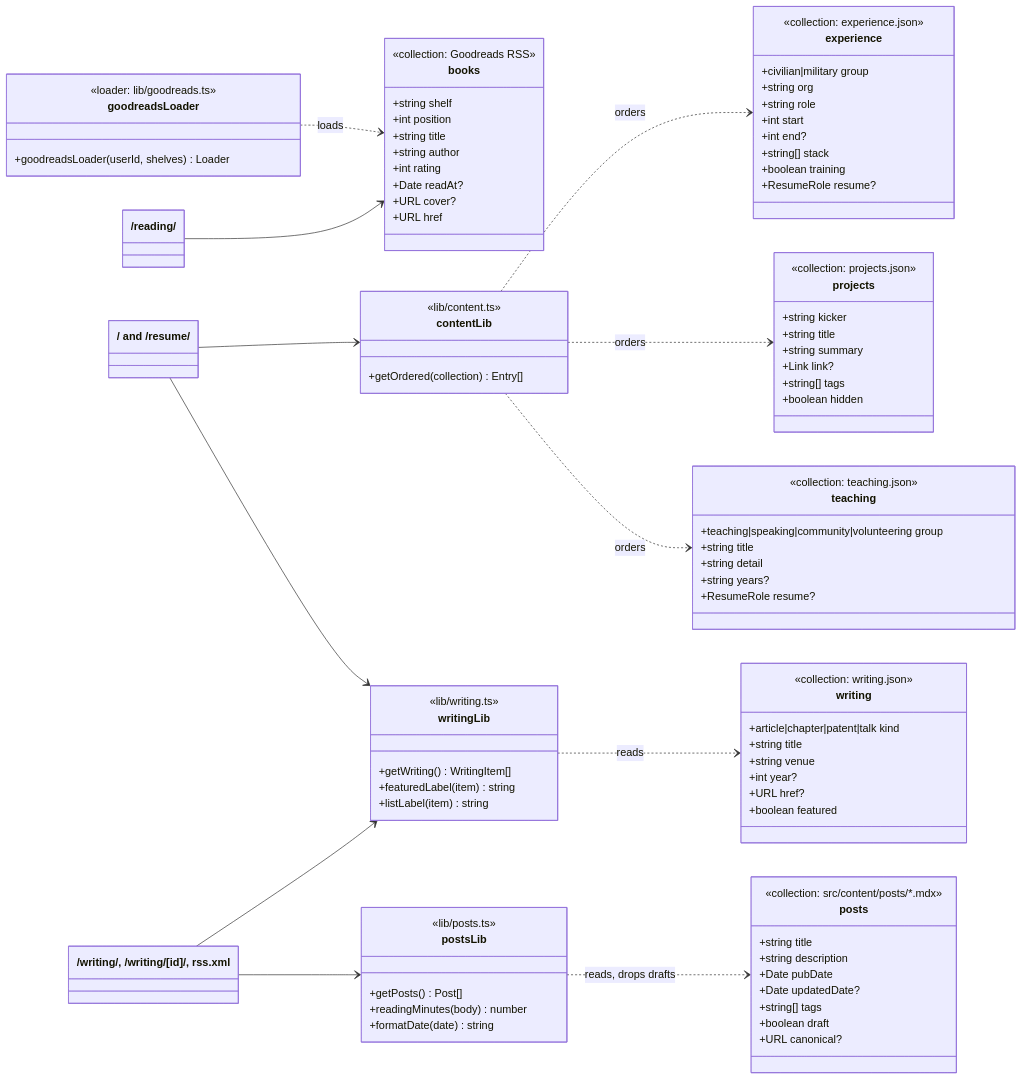
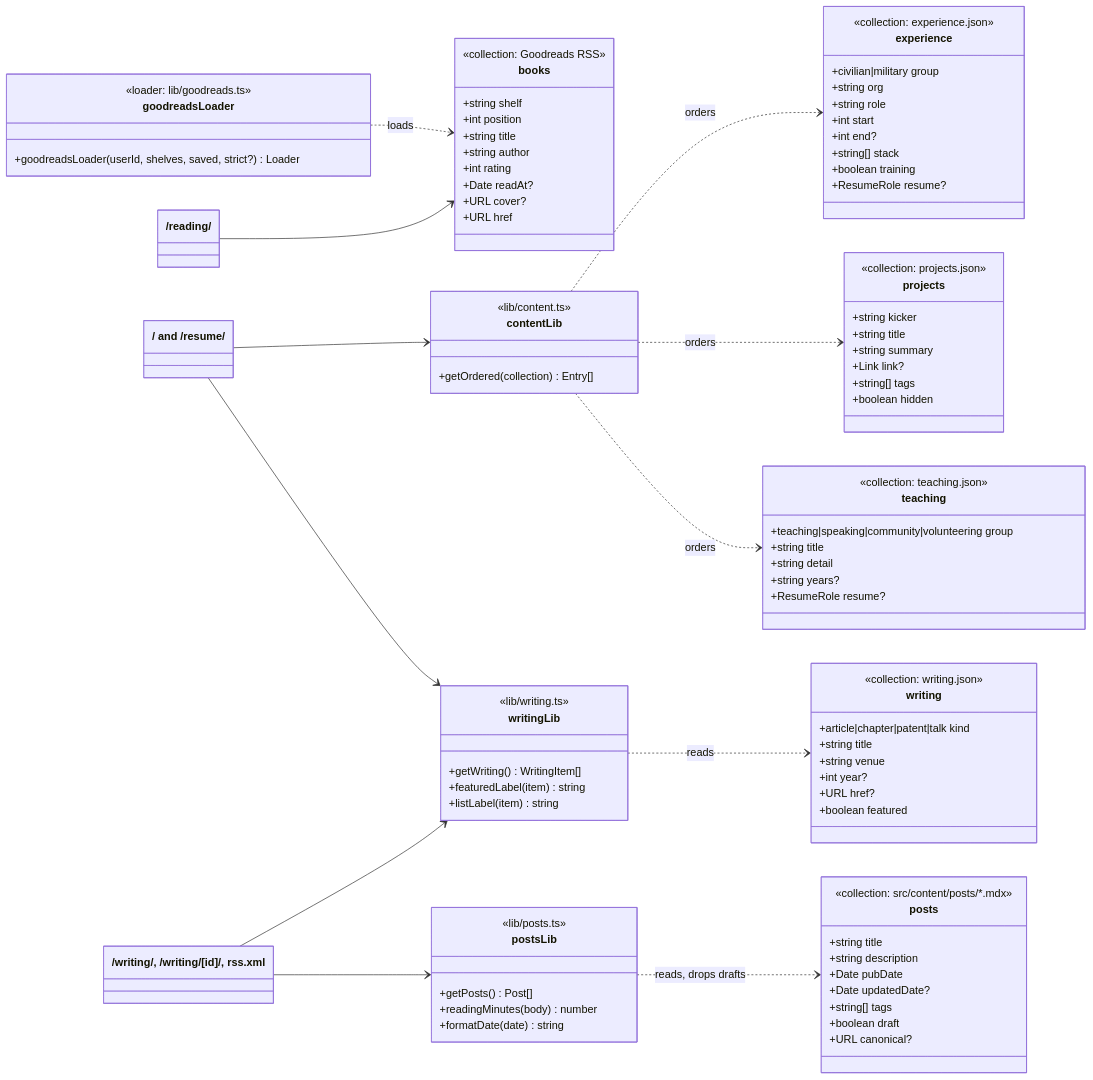
One commit to jimmykurian/personal-site changed the diagram in docs/architecture/content-model.md. Above: the diagram before and after it, drawn with Mermaid. The commit also changed 16 other files, not shown here.

First line of the commit message:
fix(reading): build from the saved books when Goodreads can't be read (#37)

```diff
--- a/docs/architecture/content-model.md
+++ b/docs/architecture/content-model.md
@@ -73,7 +73,7 @@
 
     class goodreadsLoader {
         <<loader: lib/goodreads.ts>>
-        +goodreadsLoader(userId, shelves) Loader
+        +goodreadsLoader(userId, shelves, saved, strict?) Loader
     }
     class postsLib {
         <<lib/posts.ts>>
```
